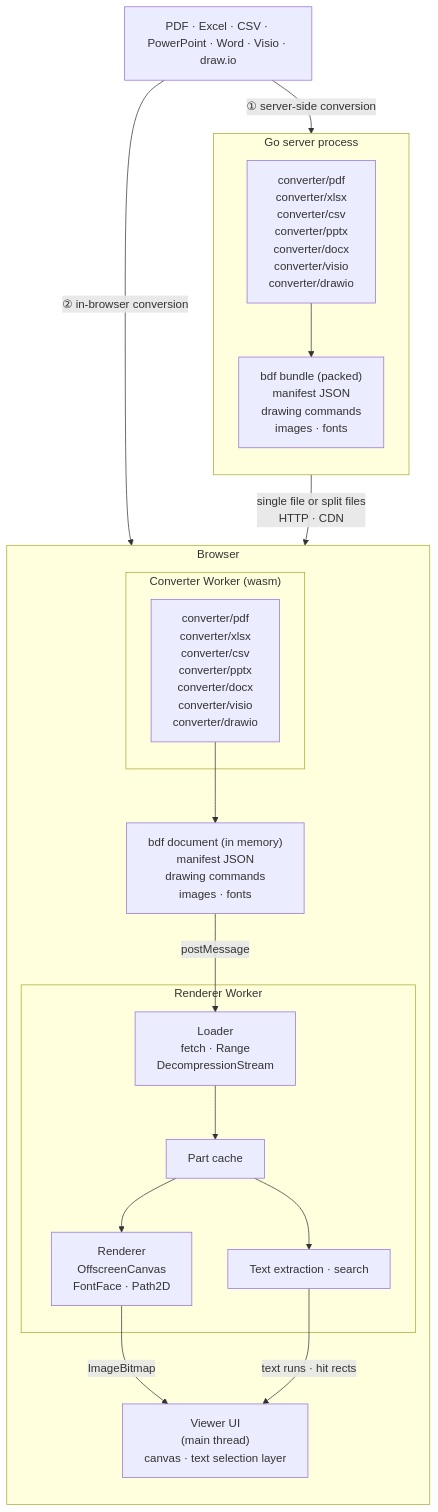
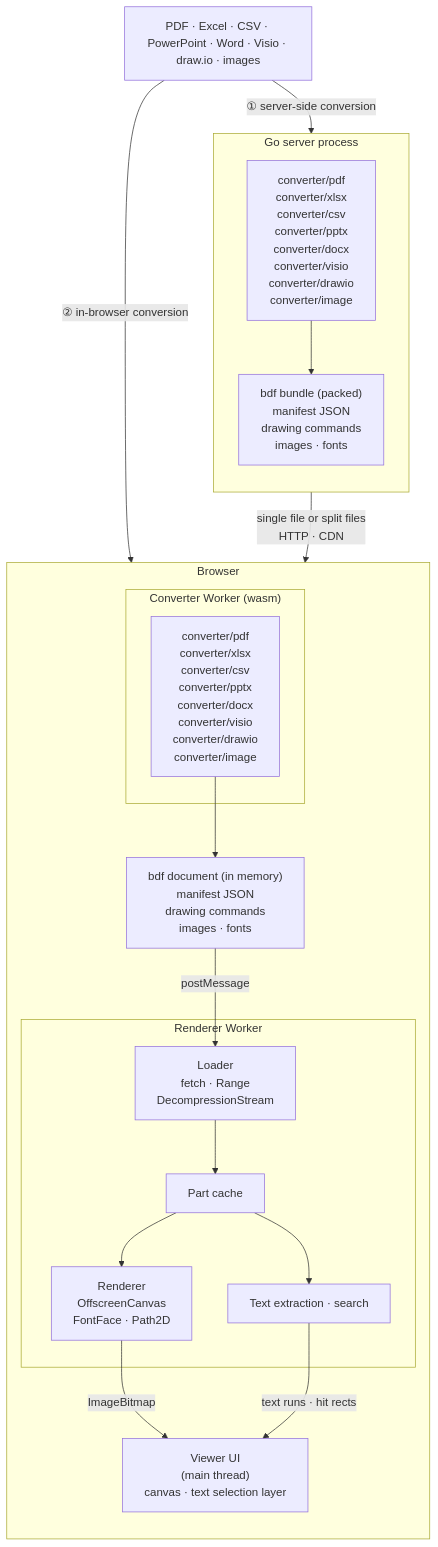
Before and after one commit to shibukawa/bdf: the diagram in README.md, drawn with Mermaid. The commit also changed other lines of this file and 63 other files, not shown here.

First line of the commit message:
Image converter: browser-displayable images pass through, with their metadata as Dublin Core

````diff
--- a/README.md
+++ b/README.md
@@ -13,37 +13,37 @@
 ```mermaid
 flowchart TB
-    SRC["PDF · Excel · CSV · PowerPoint · Word · Visio · draw.io"]
+    SRC["PDF · Excel · CSV · PowerPoint · Word · Visio · draw.io · images"]
 
     subgraph SERVER["Go server process"]
         direction TB
-        SCONV["converter/pdf<br/>converter/xlsx<br/>converter/csv<br/>converter/pptx<br/>converter/docx<br/>converter/visio<br/>converter/drawio"]
+        SCONV["converter/pdf<br/>converter/xlsx<br/>converter/csv<br/>converter/pptx<br/>converter/docx<br/>converter/visio<br/>converter/drawio<br/>converter/image"]
         BUNDLE["bdf bundle (packed)<br/>manifest JSON<br/>drawing commands<br/>images · fonts"]
         SCONV --> BUNDLE
     end
 
     subgraph BROWSER["Browser"]
         direction TB
         subgraph CWORKER["Converter Worker (wasm)"]
-            WCONV["converter/pdf<br/>converter/xlsx<br/>converter/csv<br/>converter/pptx<br/>converter/docx<br/>converter/visio<br/>converter/drawio"]
+            WCONV["converter/pdf<br/>converter/xlsx<br/>converter/csv<br/>converter/pptx<br/>converter/docx<br/>converter/visio<br/>converter/drawio<br/>converter/image"]
         end
         PARTS["bdf document (in memory)<br/>manifest JSON<br/>drawing commands<br/>images · fonts"]
         subgraph RWORKER["Renderer Worker"]
             LOADER["Loader<br/>fetch · Range<br/>DecompressionStream"]
             STORE["Part cache"]
             RENDER["Renderer<br/>OffscreenCanvas<br/>FontFace · Path2D"]
             TEXT["Text extraction · search"]
             LOADER --> STORE
             STORE --> RENDER
             STORE --> TEXT
         end
         UI["Viewer UI<br/>(main thread)<br/>canvas · text selection layer"]
         WCONV --> PARTS
     end
 
     SRC -- "① server-side conversion" --> SCONV
     SRC -- "② in-browser conversion" --> WCONV
     BUNDLE -- "single file or split files<br/>HTTP · CDN" --> LOADER
     PARTS -- "postMessage" --> LOADER
     RENDER -- "ImageBitmap" --> UI
     TEXT -- "text runs · hit rects" --> UI
 ```
````
